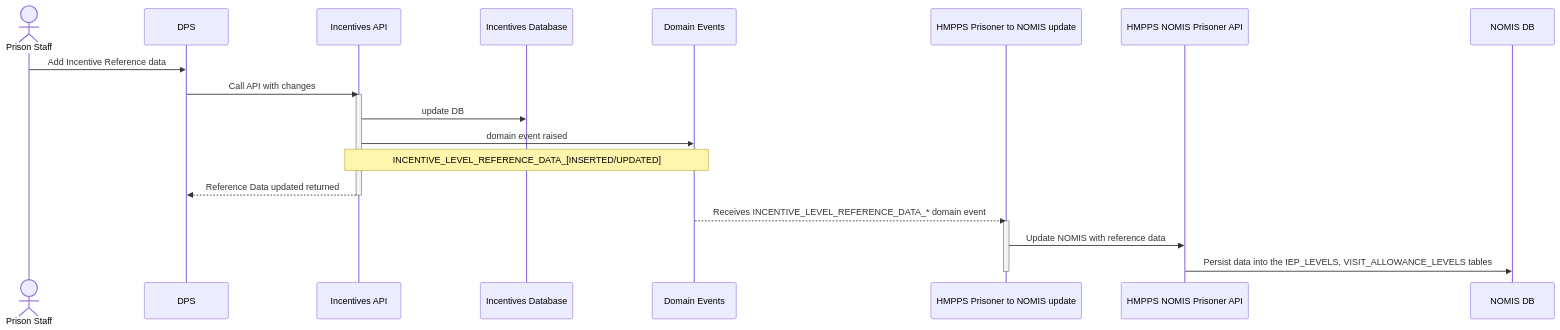
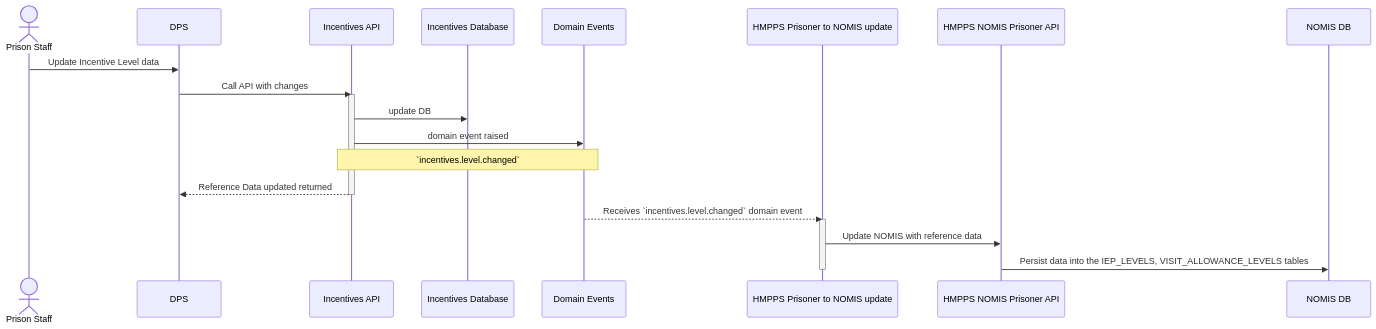
The second of 2 diagrams in doc/architecture/decisions/0004-reference-data-sync.md (ministryofjustice/hmpps-incentives-api), drawn with Mermaid before and after one commit. The commit also changed other lines of this file, not shown here.

````diff
--- a/doc/architecture/decisions/0004-reference-data-sync.md
+++ b/doc/architecture/decisions/0004-reference-data-sync.md
@@ -150,29 +150,29 @@
 ```mermaid
 sequenceDiagram
 
     actor Prison Staff
     participant DPS
     participant Incentives API
     participant Incentives Database
     participant Domain Events
     participant HMPPS Prisoner to NOMIS update
     participant HMPPS NOMIS Prisoner API
     participant NOMIS DB
 
-    Prison Staff ->> DPS: Add Incentive Reference data
+    Prison Staff ->> DPS: Update Incentive Level data
 
     DPS ->> Incentives API: Call API with changes
     activate Incentives API
     Incentives API->>Incentives Database: update DB
     Incentives API->>Domain Events: domain event raised
-    Note over Incentives API,Domain Events: INCENTIVE_LEVEL_REFERENCE_DATA_[INSERTED/UPDATED]
+    Note over Incentives API,Domain Events: `incentives.level.changed`
     Incentives API-->>DPS: Reference Data updated returned
     deactivate Incentives API
 
-    Domain Events-->>HMPPS Prisoner to NOMIS update: Receives INCENTIVE_LEVEL_REFERENCE_DATA_* domain event
+    Domain Events-->>HMPPS Prisoner to NOMIS update: Receives `incentives.level.changed` domain event
     activate HMPPS Prisoner to NOMIS update
     HMPPS Prisoner to NOMIS update->>HMPPS NOMIS Prisoner API: Update NOMIS with reference data
     HMPPS NOMIS Prisoner API ->> NOMIS DB: Persist data into the IEP_LEVELS, VISIT_ALLOWANCE_LEVELS tables
     deactivate HMPPS Prisoner to NOMIS update
 
 ```
````
